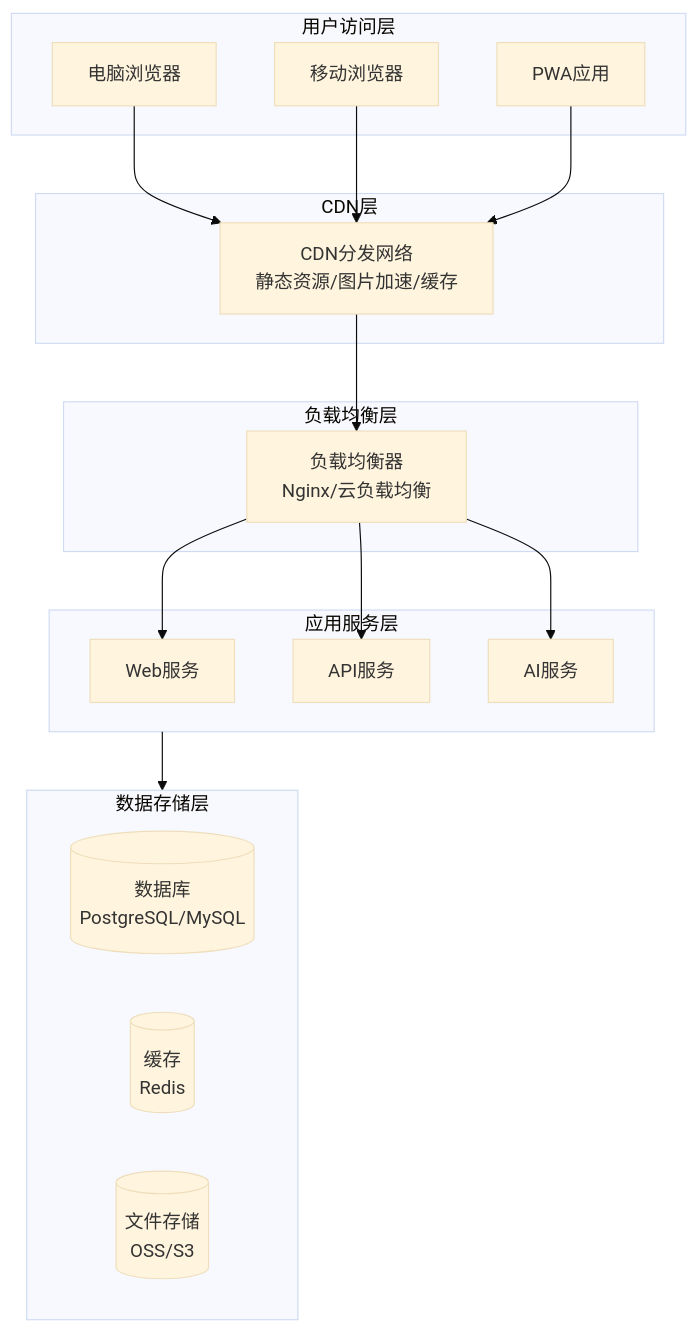
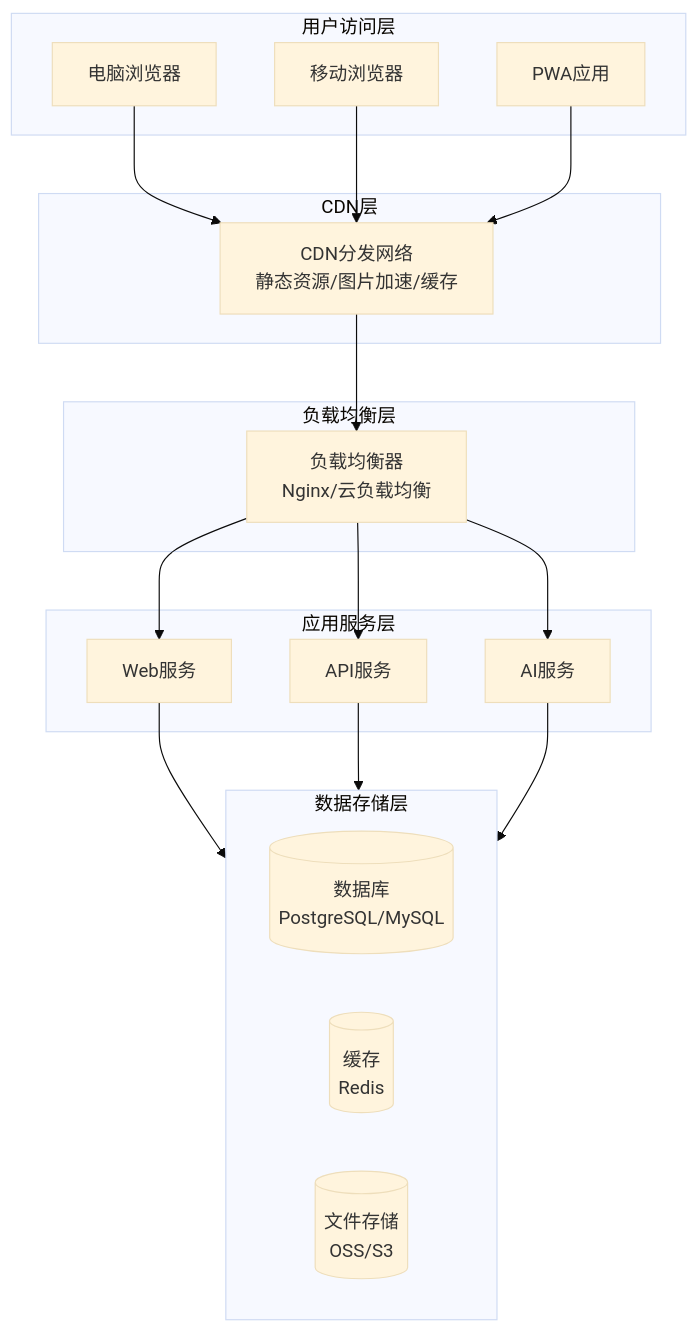
One commit to CaiJichang212/idea0328 changed the third of 3 diagrams in docs/需求文档-v6.0.md. Above: the diagram before and after it, drawn with Mermaid (base theme).

Commit message:
docs: 更新架构图中服务层与存储层的连接关系

````diff
--- a/docs/需求文档-v6.0.md
+++ b/docs/需求文档-v6.0.md
@@ -882,37 +882,39 @@
 ```mermaid
 flowchart TB
     subgraph 用户层["用户访问层"]
         PC[电脑浏览器]
         Mobile[移动浏览器]
         PWA[PWA应用]
     end
 
     subgraph 分发层["CDN层"]
         CDN[CDN分发网络<br/>静态资源/图片加速/缓存]
     end
 
     subgraph 负载层["负载均衡层"]
         LB[负载均衡器<br/>Nginx/云负载均衡]
     end
 
     subgraph 服务层["应用服务层"]
         Web[Web服务]
         API[API服务]
         AI[AI服务]
     end
 
     subgraph 存储层["数据存储层"]
         DB[(数据库<br/>PostgreSQL/MySQL)]
         Cache[(缓存<br/>Redis)]
         OSS[(文件存储<br/>OSS/S3)]
     end
 
     PC --> CDN
     Mobile --> CDN
     PWA --> CDN
     CDN --> LB
     LB --> Web
     LB --> API
     LB --> AI
-    服务层 --> 存储层
+    Web --> 存储层
+    API --> 存储层
+    AI --> 存储层
 ```
````
